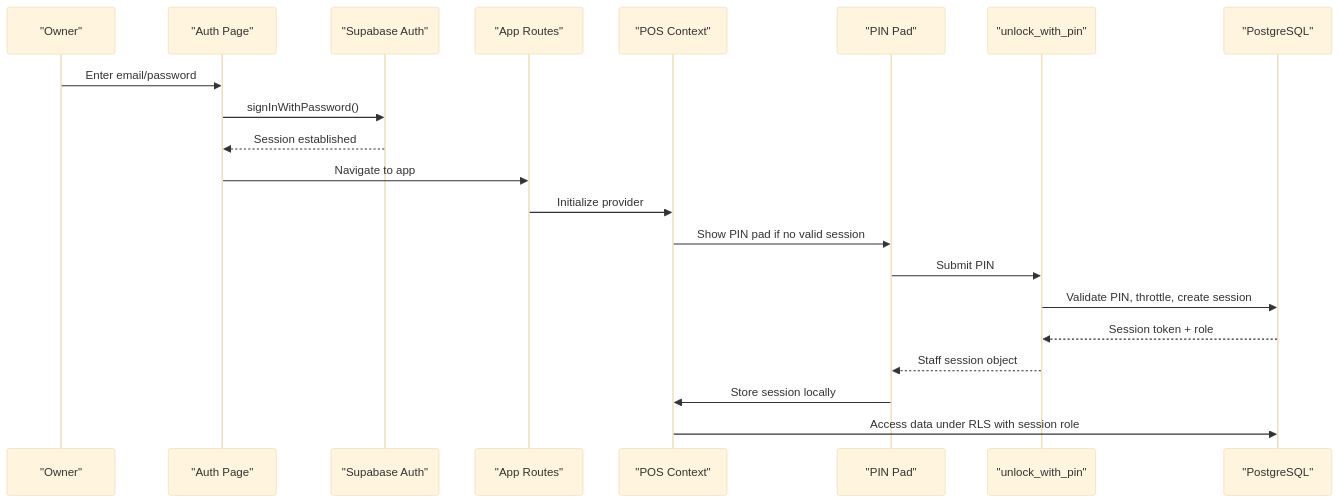
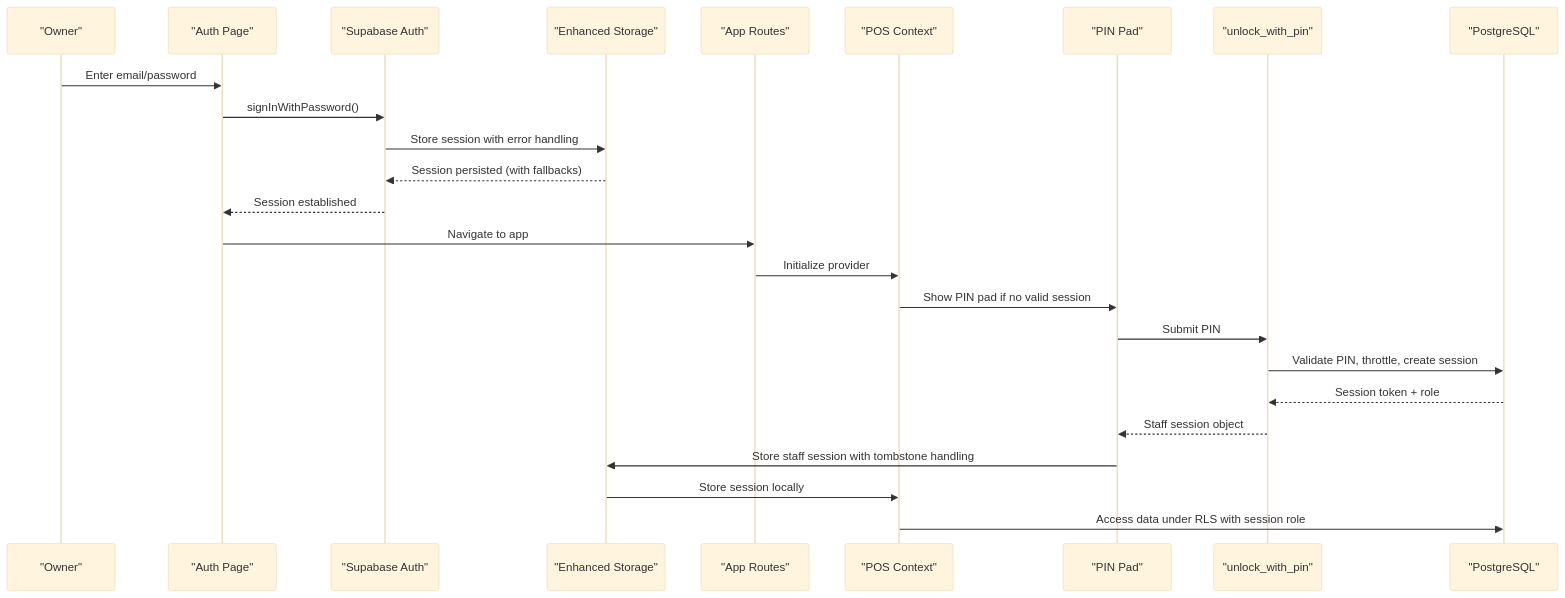
Before and after one commit to themclloyd/storq: the second of 6 diagrams in .qoder/repowiki/en/content/Authentication & Security/Authentication & Security.md, drawn with Mermaid (base theme). The commit also changed other lines of this file and 31 other files, not shown here.

First line of the commit message:
docs(auth): enhance authentication storage with robust error handling and logout tombstone support

````diff
--- a/.qoder/repowiki/en/content/Authentication & Security/Authentication & Security.md
+++ b/.qoder/repowiki/en/content/Authentication & Security/Authentication & Security.md
@@ -91,23 +108,27 @@
 ```mermaid
 sequenceDiagram
 participant Owner as "Owner"
 participant AuthUI as "Auth Page"
 participant Supabase as "Supabase Auth"
+participant EnhancedStorage as "Enhanced Storage"
 participant App as "App Routes"
 participant POS as "POS Context"
 participant PinPad as "PIN Pad"
 participant RPC as "unlock_with_pin"
 participant DB as "PostgreSQL"
 Owner->>AuthUI : Enter email/password
 AuthUI->>Supabase : signInWithPassword()
+Supabase->>EnhancedStorage : Store session with error handling
+EnhancedStorage-->>Supabase : Session persisted (with fallbacks)
 Supabase-->>AuthUI : Session established
 AuthUI->>App : Navigate to app
 App->>POS : Initialize provider
 POS->>PinPad : Show PIN pad if no valid session
 PinPad->>RPC : Submit PIN
 RPC->>DB : Validate PIN, throttle, create session
 DB-->>RPC : Session token + role
 RPC-->>PinPad : Staff session object
-PinPad->>POS : Store session locally
+PinPad->>EnhancedStorage : Store staff session with tombstone handling
+EnhancedStorage->>POS : Store session locally
 POS->>DB : Access data under RLS with session role
 ```
````
